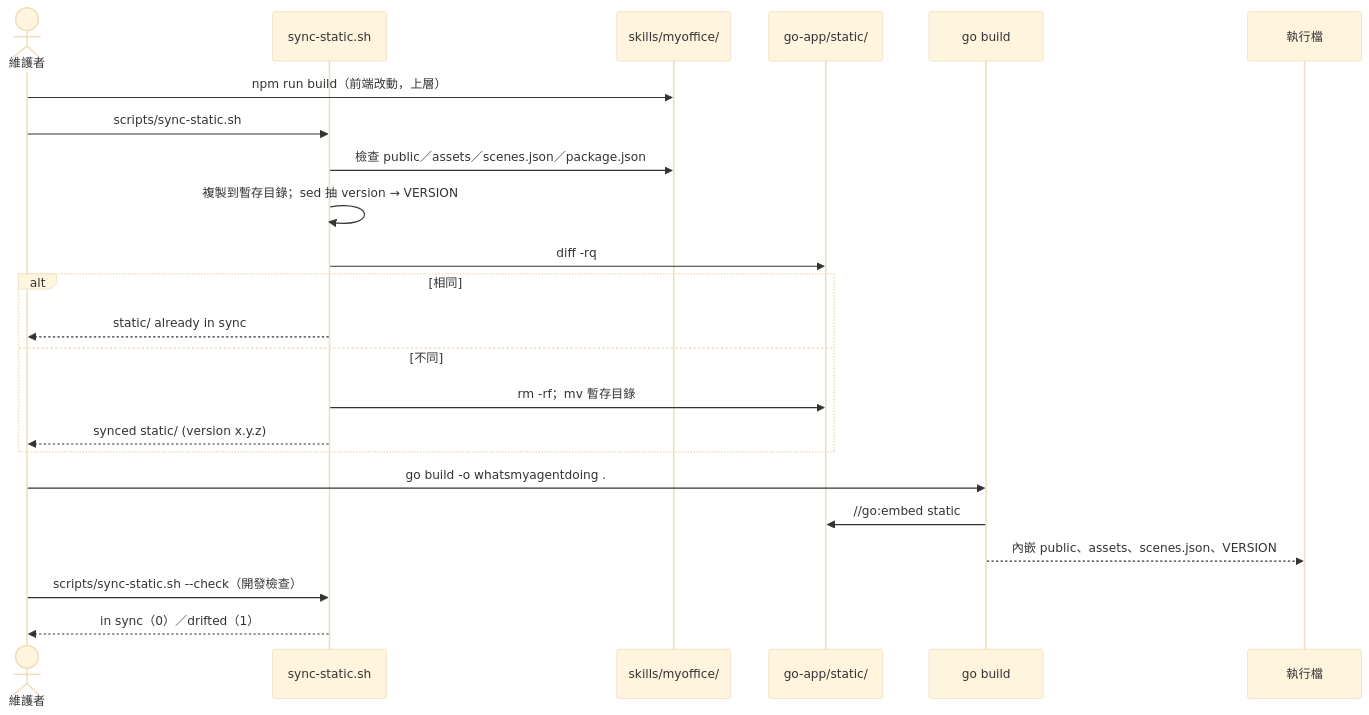
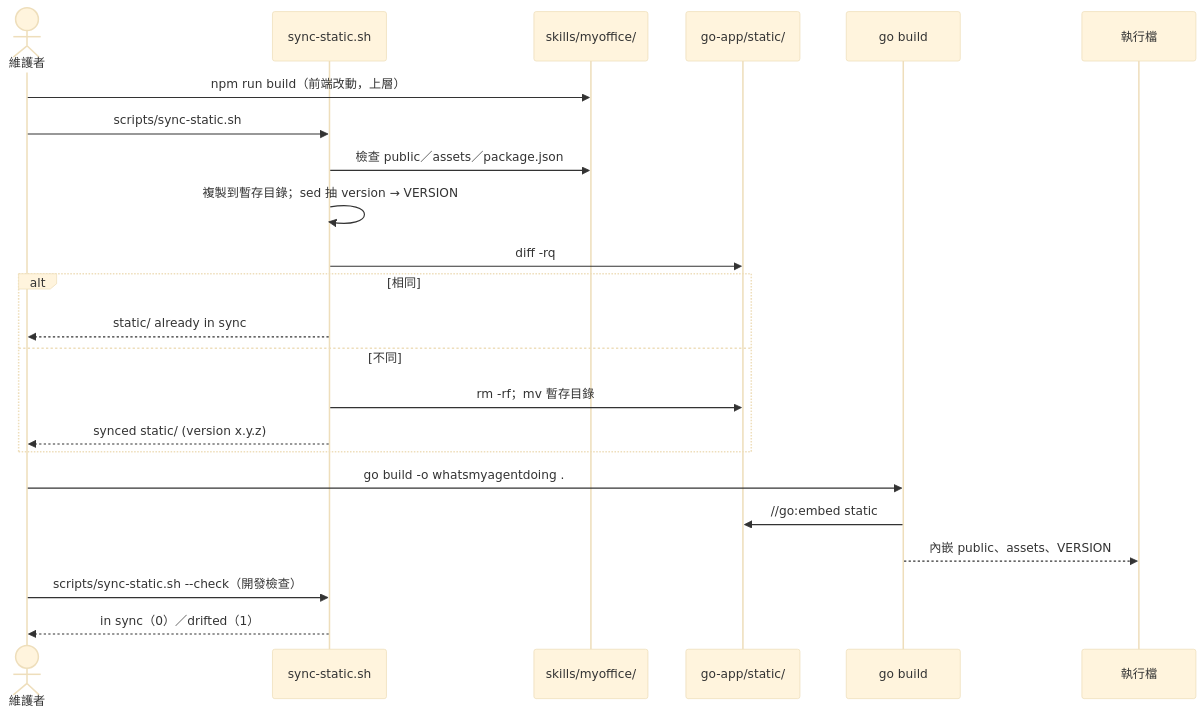
The second of 2 diagrams in go-app/jerry-report/UC-09-build-and-sync.md (lazyjerry/whatsmyagentdoing), drawn with Mermaid (base theme) before and after one commit. The commit also changed other lines of this file and 12 other files, not shown here.

````diff
--- a/go-app/jerry-report/UC-09-build-and-sync.md
+++ b/go-app/jerry-report/UC-09-build-and-sync.md
@@ -67,26 +67,26 @@
 ```mermaid
 sequenceDiagram
   actor M as 維護者
   participant SH as sync-static.sh
   participant SRC as skills/myoffice/
   participant ST as go-app/static/
   participant GO as go build
   participant BIN as 執行檔
 
   M->>SRC: npm run build（前端改動，上層）
   M->>SH: scripts/sync-static.sh
-  SH->>SRC: 檢查 public／assets／scenes.json／package.json
+  SH->>SRC: 檢查 public／assets／package.json
   SH->>SH: 複製到暫存目錄；sed 抽 version → VERSION
   SH->>ST: diff -rq
   alt 相同
     SH-->>M: static/ already in sync
   else 不同
     SH->>ST: rm -rf；mv 暫存目錄
     SH-->>M: synced static/ (version x.y.z)
   end
   M->>GO: go build -o whatsmyagentdoing .
   GO->>ST: //go:embed static
-  GO-->>BIN: 內嵌 public、assets、scenes.json、VERSION
+  GO-->>BIN: 內嵌 public、assets、VERSION
   M->>SH: scripts/sync-static.sh --check（開發檢查）
   SH-->>M: in sync（0）／drifted（1）
 ```
````
